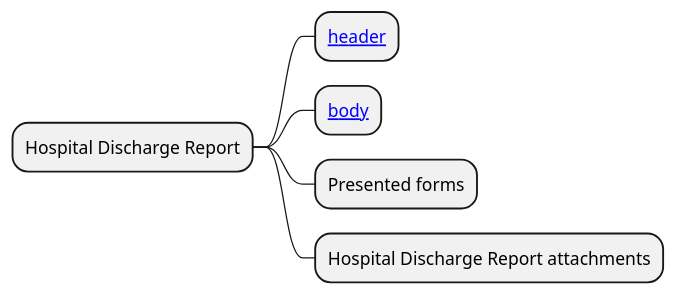
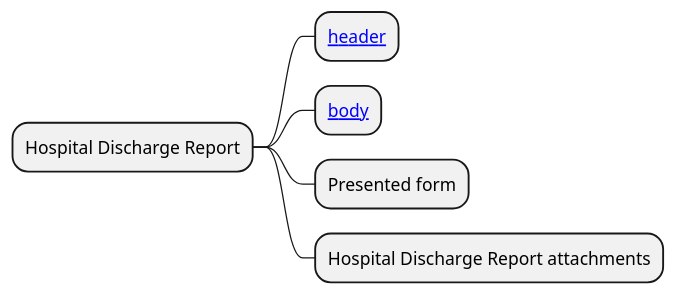
The diagram in input/images-source/hdr-mindmap.plantuml (HonzaNecas/hdr-cz), drawn with PlantUML before and after one commit. The commit also changed 11 other files, not shown here.

```diff
--- a/input/images-source/hdr-mindmap.plantuml
+++ b/input/images-source/hdr-mindmap.plantuml
@@ -1,7 +1,7 @@
 @startmindmap
 * Hospital Discharge Report
 ** [[#header header]]
 ** [[#body body]]
-** Presented forms
+** Presented form
 ** Hospital Discharge Report attachments
 @endmindmap
```
